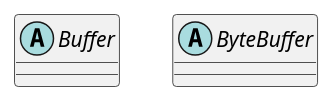
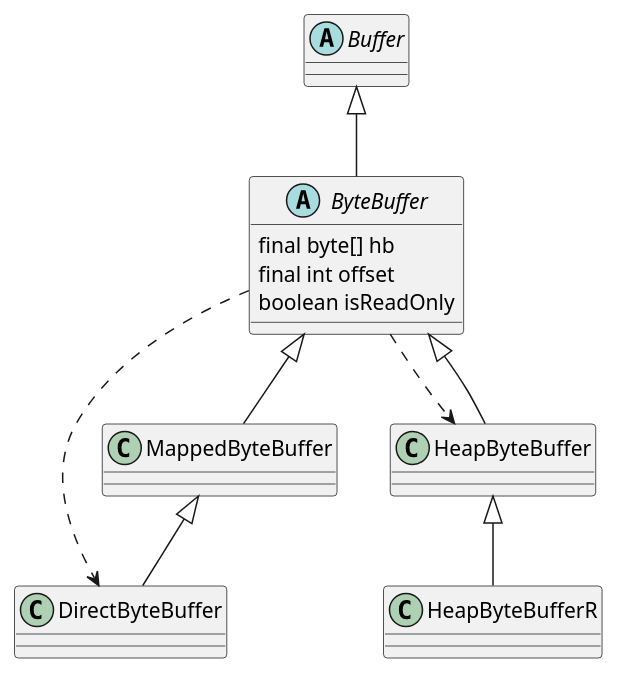
The diagram in 10-java/src/rt.jar.src/java/nio/ByteBuffer.md (onlyonion/development), drawn with PlantUML before and after one commit. The commit also changed 73 other files, not shown here.

````diff
--- a/10-java/src/rt.jar.src/java/nio/ByteBuffer.md
+++ b/10-java/src/rt.jar.src/java/nio/ByteBuffer.md
@@ -21,7 +21,26 @@
 ```plantuml
 @startuml
+
 abstract class Buffer
-abstract class ByteBuffer
+Buffer ^-- ByteBuffer
+
+''''''''''''''''''''''ByteBuffer''''''''''''''''''''''''''''
+abstract class ByteBuffer {
+    final byte[] hb
+    final int offset
+    boolean isReadOnly
+}
+
+ByteBuffer ..> DirectByteBuffer
+ByteBuffer ..> HeapByteBuffer
+
+''''''''''''''''''''''HeapByteBuffer''''''''''''''''''''''''''''
+ByteBuffer ^-- HeapByteBuffer
+HeapByteBuffer ^-- HeapByteBufferR
+
+''''''''''''''''''''''MappedByteBuffer''''''''''''''''''''''''''''
+ByteBuffer ^-- MappedByteBuffer
+MappedByteBuffer ^-- DirectByteBuffer
 
 @enduml
 ```
````
